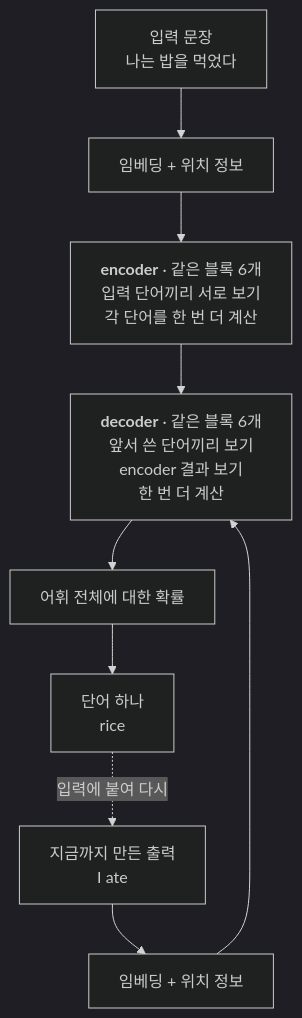
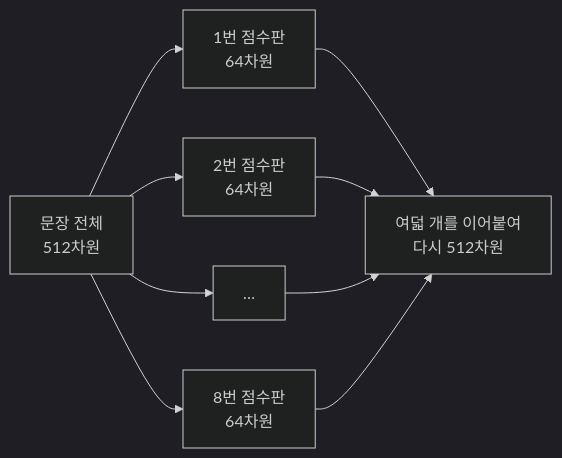
Before and after one commit to qoal1201/qoal1201.github.io: the fourth of 4 diagrams in paper-reviews/1706.03762-attention-is-all-you-need.qmd, drawn with Mermaid (dark theme). The commit also changed other lines of this file and 3 other files, not shown here.

````diff
--- a/paper-reviews/1706.03762-attention-is-all-you-need.qmd
+++ b/paper-reviews/1706.03762-attention-is-all-you-need.qmd
@@ -174,11 +283,11 @@
 ```{mermaid}
-flowchart TB
-    IN["입력 문장<br/>나는 밥을 먹었다"] --> EMB["임베딩 + 위치 정보"]
-    EMB --> ENC["<b>encoder</b> · 같은 블록 6개<br/>입력 단어끼리 서로 보기<br/>각 단어를 한 번 더 계산"]
-    OUT["지금까지 만든 출력<br/>I ate"] --> OEMB["임베딩 + 위치 정보"]
-    OEMB --> DEC["<b>decoder</b> · 같은 블록 6개<br/>앞서 쓴 단어끼리 보기<br/>encoder 결과 보기<br/>한 번 더 계산"]
-    ENC --> DEC
-    DEC --> HEAD["어휘 전체에 대한 확률"]
-    HEAD --> WORD["단어 하나<br/>rice"]
-    WORD -.->|입력에 붙여 다시| OUT
+flowchart LR
+    E["문장 전체<br/>512차원"] --> H1["1번 점수판<br/>64차원"]
+    E --> H2["2번 점수판<br/>64차원"]
+    E --> HD["…"]
+    E --> H8["8번 점수판<br/>64차원"]
+    H1 --> C["여덟 개를 이어붙여<br/>다시 512차원"]
+    H2 --> C
+    HD --> C
+    H8 --> C
 ```
````
